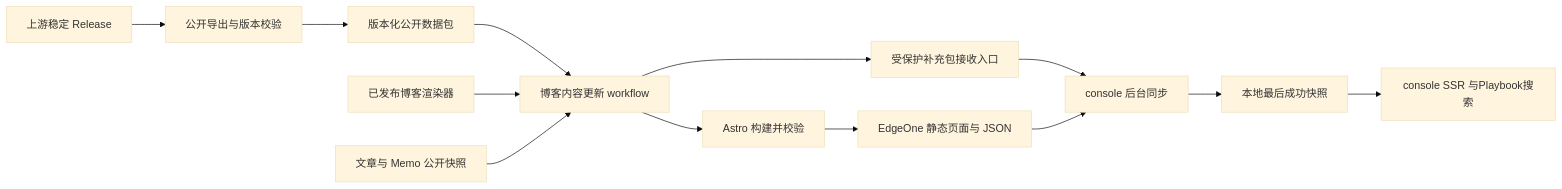
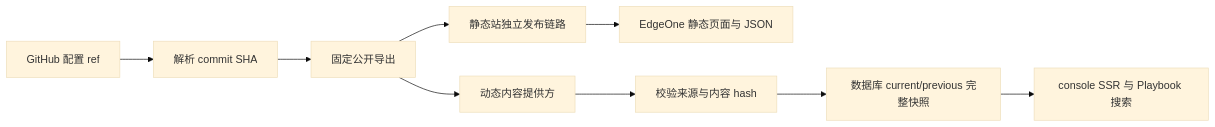
The diagram in docs/specs/style-playbook-integration/SPEC.md (IvanLi-CN/blog-26), drawn with Mermaid (base theme) before and after one commit. The commit also changed other lines of this file and 10 other files, not shown here.

Commit message:
docs: define GitHub-only playbook snapshots

````diff
--- a/docs/specs/style-playbook-integration/SPEC.md
+++ b/docs/specs/style-playbook-integration/SPEC.md
@@ -35,15 +35,11 @@
 ```mermaid
 flowchart LR
-  U[上游稳定 Release] --> E[公开导出与版本校验]
-  E --> A[版本化公开数据包]
-  A --> W[博客内容更新 workflow]
-  B[已发布博客渲染器] --> W
-  P[文章与 Memo 公开快照] --> W
-  W --> S[Astro 构建并校验]
+  G[GitHub 配置 ref] --> H[解析 commit SHA]
+  H --> X[固定公开导出]
+  X --> S[静态站独立发布链路]
   S --> D[EdgeOne 静态页面与 JSON]
-  W --> X[受保护补充包接收入口]
-  X --> C[console 后台同步]
-  D --> C
-  C --> L[本地最后成功快照]
-  L --> R[console SSR 与Playbook搜索]
+  X --> P[动态内容提供方]
+  P --> V[校验来源与内容 hash]
+  V --> A[数据库 current/previous 完整快照]
+  A --> R[console SSR 与 Playbook 搜索]
 ```
````
